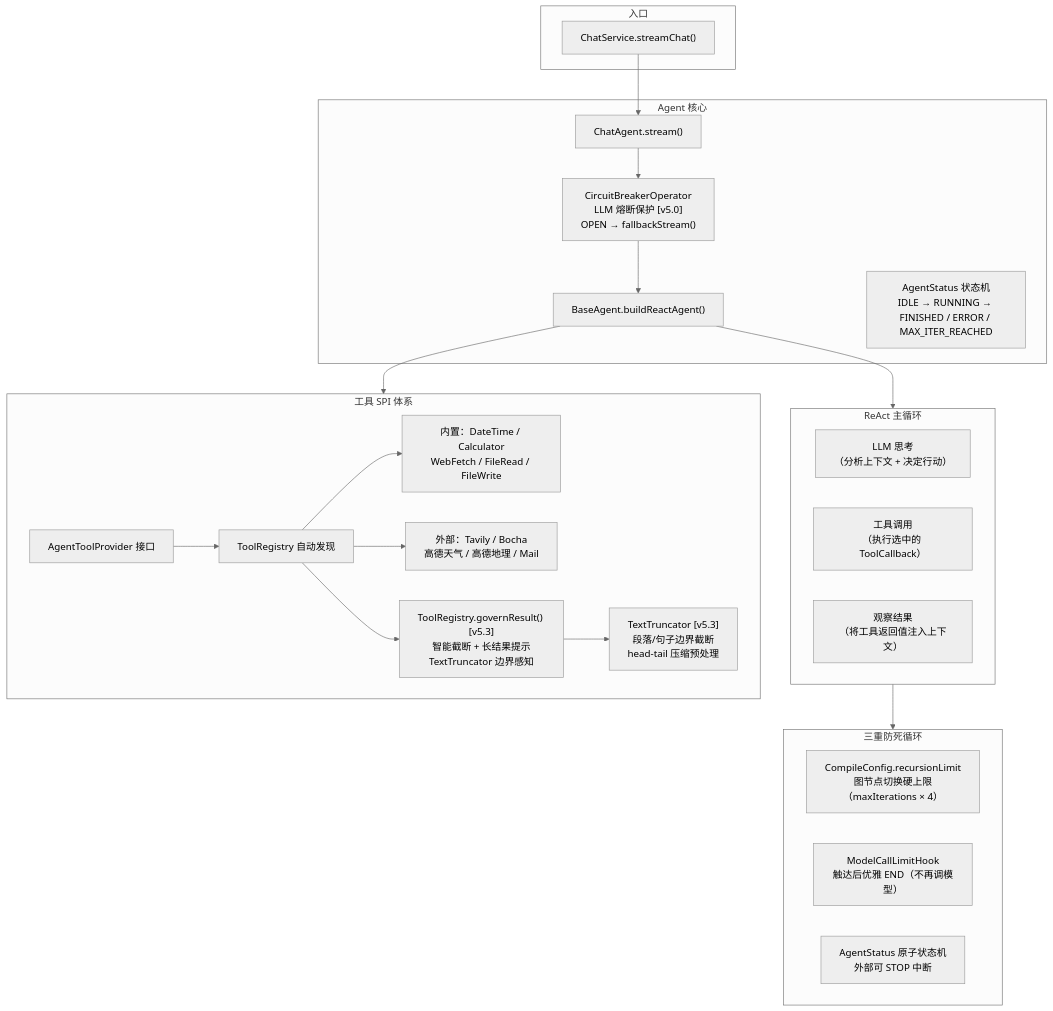
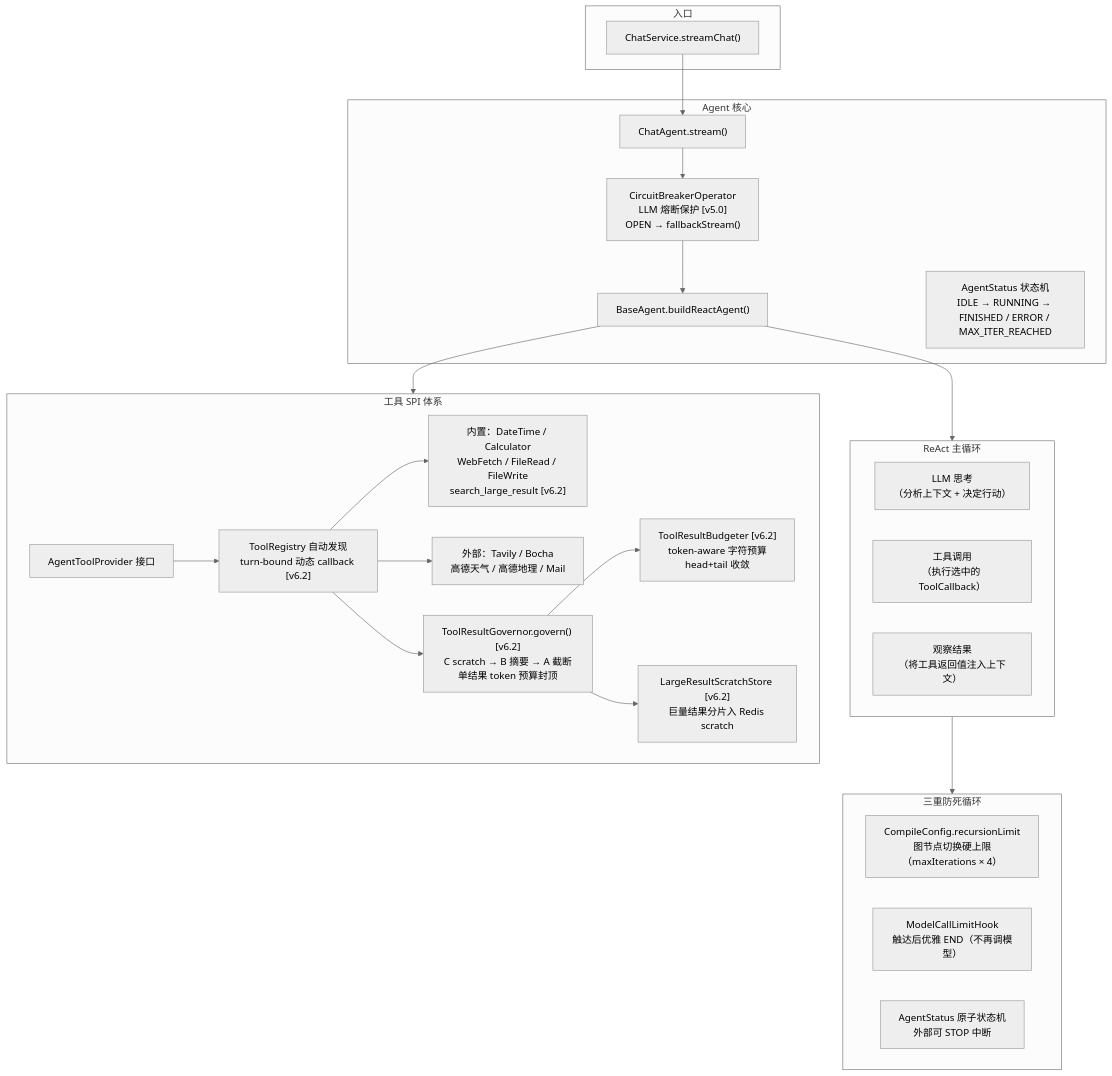
Before and after one commit to Yuyu123fish/Fish-Agent: the first of 2 diagrams in document/模块要点/模块1-Agent核心与工具链.md, drawn with Mermaid (neutral theme). The commit also changed other lines of this file and 92 other files, not shown here.

````diff
--- a/document/模块要点/模块1-Agent核心与工具链.md
+++ b/document/模块要点/模块1-Agent核心与工具链.md
@@ -11,42 +11,45 @@
 ```mermaid
 flowchart TB
     subgraph Entry["入口"]
         CS["ChatService.streamChat()"]
     end
 
     subgraph Agent["Agent 核心"]
         CA["ChatAgent.stream()"]
         CB["CircuitBreakerOperator<br/>LLM 熔断保护 [v5.0]<br/>OPEN → fallbackStream()"]
         BA["BaseAgent.buildReactAgent()"]
         Status["AgentStatus 状态机<br/>IDLE → RUNNING → FINISHED / ERROR / MAX_ITER_REACHED"]
     end
 
     subgraph ReAct["ReAct 主循环"]
         Think["LLM 思考<br/>（分析上下文 + 决定行动）"]
         Act["工具调用<br/>（执行选中的 ToolCallback）"]
         Observe["观察结果<br/>（将工具返回值注入上下文）"]
     end
 
     subgraph AntiLoop["三重防死循环"]
         HL1["CompileConfig.recursionLimit<br/>图节点切换硬上限（maxIterations × 4）"]
         HL2["ModelCallLimitHook<br/>触达后优雅 END（不再调模型）"]
         HL3["AgentStatus 原子状态机<br/>外部可 STOP 中断"]
     end
 
     subgraph ToolSys["工具 SPI 体系"]
         SPI["AgentToolProvider 接口"]
-        TR["ToolRegistry 自动发现"]
-        BuiltIn["内置：DateTime / Calculator<br/>WebFetch / FileRead / FileWrite"]
+        TR["ToolRegistry 自动发现<br/>turn-bound 动态 callback [v6.2]"]
+        BuiltIn["内置：DateTime / Calculator<br/>WebFetch / FileRead / FileWrite<br/>search_large_result [v6.2]"]
         External["外部：Tavily / Bocha<br/>高德天气 / 高德地理 / Mail"]
-        Govern["ToolRegistry.governResult() [v5.3]<br/>智能截断 + 长结果提示<br/>TextTruncator 边界感知"]
-        Trunc["TextTruncator [v5.3]<br/>段落/句子边界截断<br/>head-tail 压缩预处理"]
+        Govern["ToolResultGovernor.govern() [v6.2]<br/>C scratch → B 摘要 → A 截断<br/>单结果 token 预算封顶"]
+        Budget["ToolResultBudgeter [v6.2]<br/>token-aware 字符预算<br/>head+tail 收敛"]
+        Scratch["LargeResultScratchStore [v6.2]<br/>巨量结果分片入 Redis scratch"]
     end
 
     CS --> CA --> CB --> BA
     BA --> ReAct
     ReAct --> AntiLoop
     BA --> ToolSys
     SPI --> TR
     TR --> BuiltIn & External
-    TR --> Govern --> Trunc
+    TR --> Govern
+    Govern --> Budget
+    Govern --> Scratch
 ```
````
